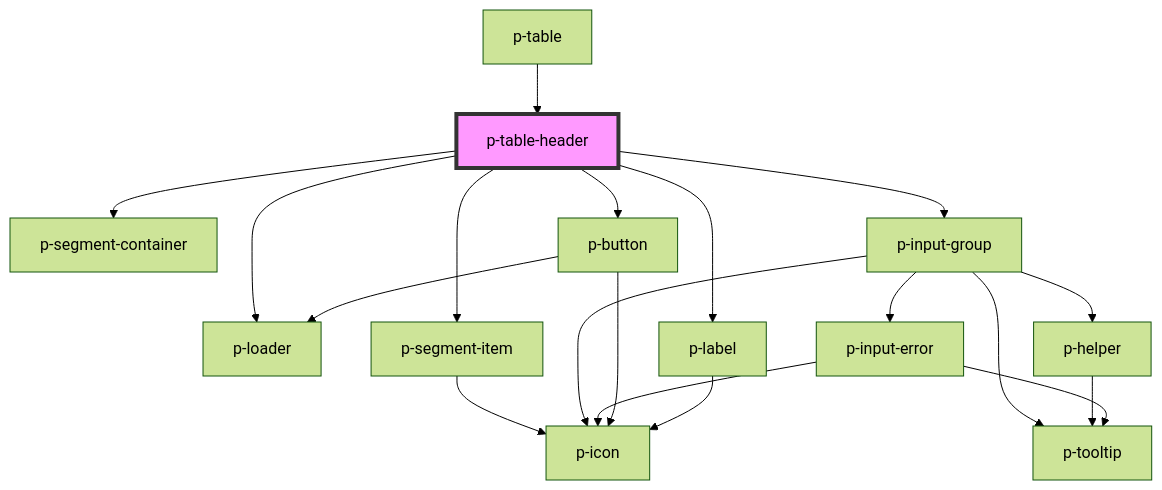
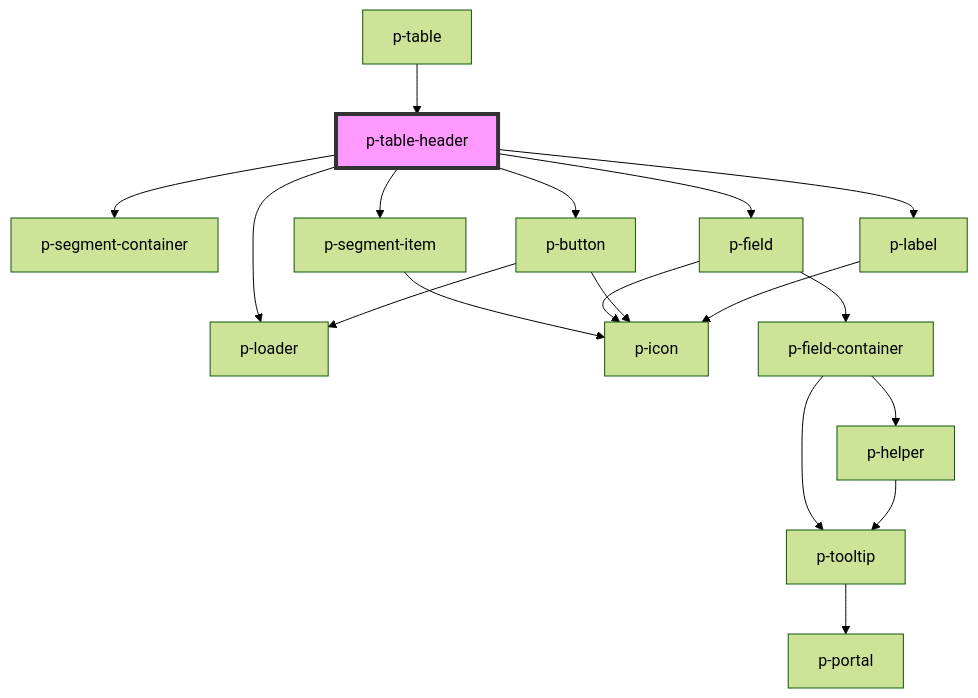
Before and after one commit to Employes/Paperless: the diagram in packages/core/src/components/molecules/table-header/readme.md, drawn with Mermaid (forest theme). The commit also changed other lines of this file and 21 other files, not shown here.

Commit message:
refactor(molecules): Removal of input-group component

````diff
--- a/packages/core/src/components/molecules/table-header/readme.md
+++ b/packages/core/src/components/molecules/table-header/readme.md
@@ -56,22 +56,21 @@
 ```mermaid
 graph TD;
   p-table-header --> p-loader
   p-table-header --> p-segment-container
   p-table-header --> p-segment-item
-  p-table-header --> p-input-group
+  p-table-header --> p-field
   p-table-header --> p-button
   p-table-header --> p-label
   p-segment-item --> p-icon
-  p-input-group --> p-helper
-  p-input-group --> p-tooltip
-  p-input-group --> p-icon
-  p-input-group --> p-input-error
+  p-field --> p-field-container
+  p-field --> p-icon
+  p-field-container --> p-helper
+  p-field-container --> p-tooltip
   p-helper --> p-tooltip
-  p-input-error --> p-tooltip
-  p-input-error --> p-icon
+  p-tooltip --> p-portal
   p-button --> p-icon
   p-button --> p-loader
   p-label --> p-icon
   p-table --> p-table-header
   style p-table-header fill:#f9f,stroke:#333,stroke-width:4px
 ```
````
